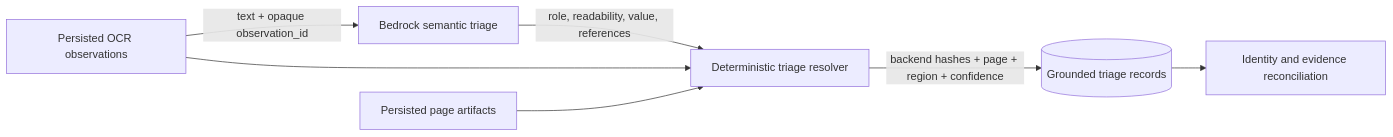
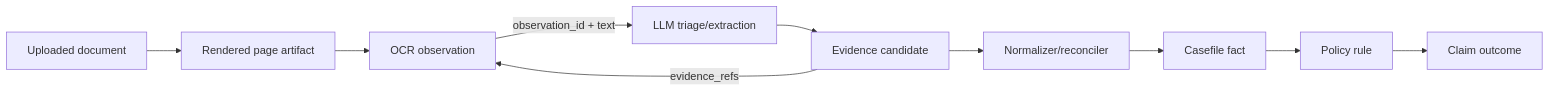
Before and after one commit to faishal882/plum_assignment: the fourth of 5 diagrams in README.md, drawn with Mermaid. The commit also changed other lines of this file, not shown here.

Commit message:
docs: expand setup architecture and evaluation guide

````diff
--- a/README.md
+++ b/README.md
@@ -93,9 +489,12 @@
 ```mermaid
 flowchart LR
-    OCR[Persisted OCR observations] -->|text + opaque observation_id| Model[Bedrock semantic triage]
-    Model -->|role, readability, value, references| Resolver[Deterministic triage resolver]
-    OCR --> Resolver
-    Pages[Persisted page artifacts] --> Resolver
-    Resolver -->|backend hashes + page + region + confidence| Triage[(Grounded triage records)]
-    Triage --> Reconcile[Identity and evidence reconciliation]
+    Doc[Uploaded document] --> Page[Rendered page artifact]
+    Page --> OCR[OCR observation]
+    OCR -->|observation_id + text| LLM[LLM triage/extraction]
+    LLM --> Candidate[Evidence candidate]
+    Candidate -->|evidence_refs| OCR
+    Candidate --> Reconcile[Normalizer/reconciler]
+    Reconcile --> Fact[Casefile fact]
+    Fact --> Rule[Policy rule]
+    Rule --> Decision[Claim outcome]
 ```
````
